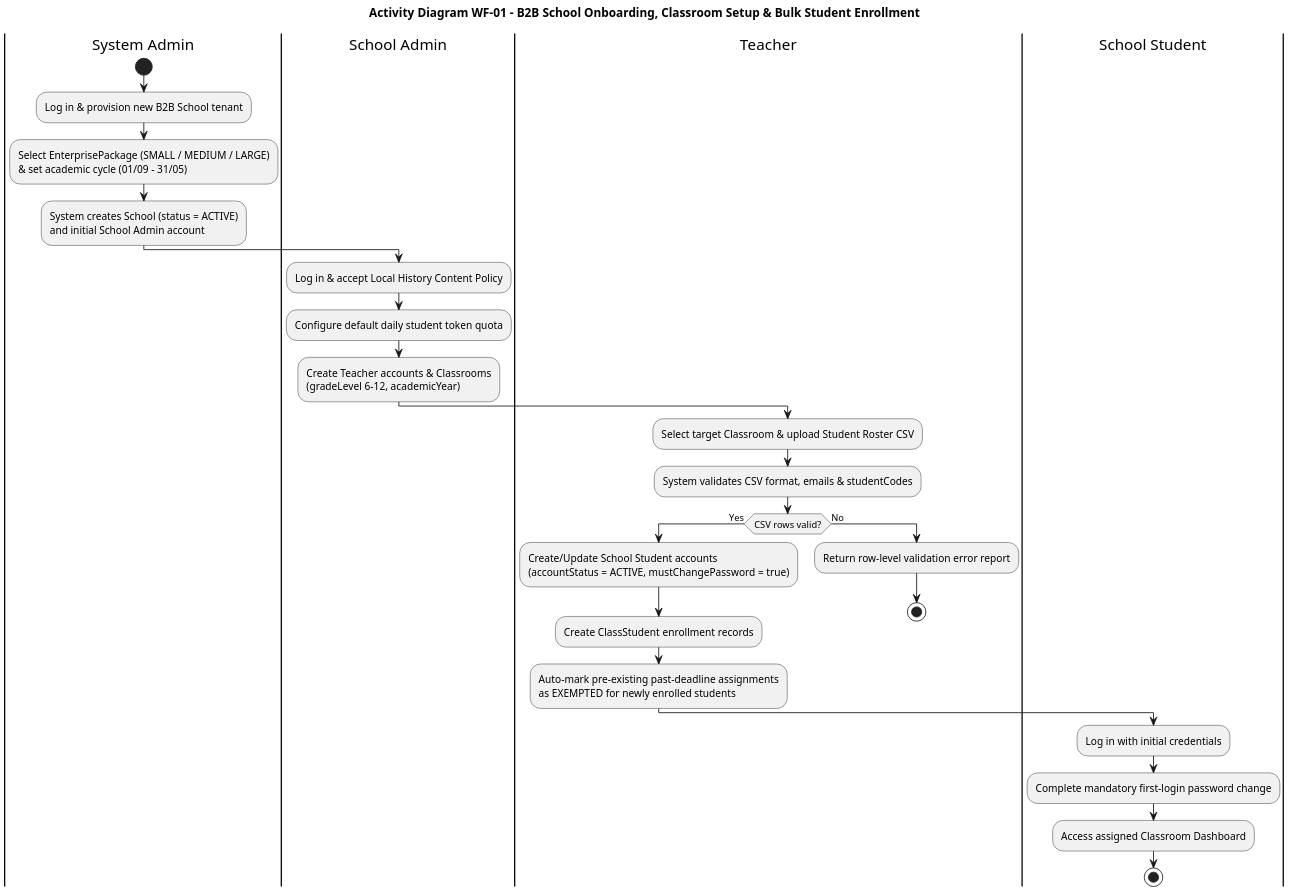
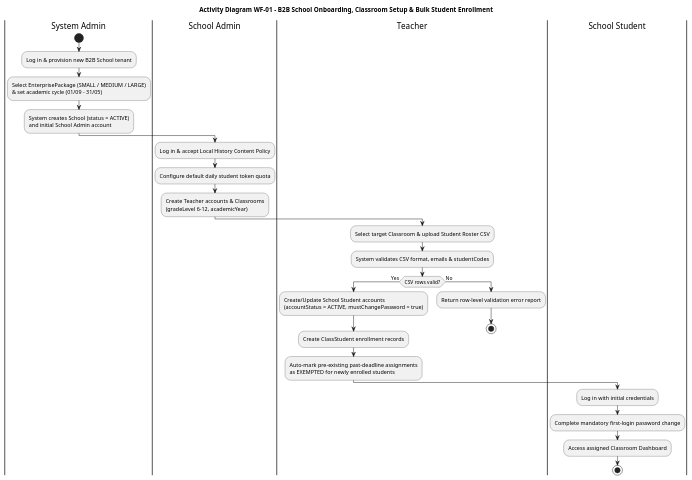
The diagram in docs/report4_sdd/uml/act_wf01_school_onboarding_and_enrollment.puml (DinhTQSE/Capstone_FinalProject_HistoryTalk), drawn with PlantUML before and after one commit. The commit also changed 66 other files, not shown here.

Commit message:
fix(sdd): resolve LaTeX table overflows, markdown syntax, T5 Vietnamese accents, and uncrop 4096px PlantUML PNGs

```diff
--- a/docs/report4_sdd/uml/act_wf01_school_onboarding_and_enrollment.puml
+++ b/docs/report4_sdd/uml/act_wf01_school_onboarding_and_enrollment.puml
@@ -1,36 +1,36 @@
 @startuml
-skinparam dpi 180
+scale max 2800 width
 skinparam defaultFontName Arial
 skinparam shadowing false
 
 title Activity Diagram WF-01 - B2B School Onboarding, Classroom Setup & Bulk Student Enrollment
 
 |System Admin|
 start
 :Log in & provision new B2B School tenant;
 :Select EnterprisePackage (SMALL / MEDIUM / LARGE)\n& set academic cycle (01/09 - 31/05);
 :System creates School (status = ACTIVE)\nand initial School Admin account;
 
 |School Admin|
 :Log in & accept Local History Content Policy;
 :Configure default daily student token quota;
 :Create Teacher accounts & Classrooms\n(gradeLevel 6-12, academicYear);
 
 |Teacher|
 :Select target Classroom & upload Student Roster CSV;
 :System validates CSV format, emails & studentCodes;
 if (CSV rows valid?) then (Yes)
     :Create/Update School Student accounts\n(accountStatus = ACTIVE, mustChangePassword = true);
     :Create ClassStudent enrollment records;
     :Auto-mark pre-existing past-deadline assignments\nas EXEMPTED for newly enrolled students;
 else (No)
     :Return row-level validation error report;
     stop
 endif
 
 |School Student|
 :Log in with initial credentials;
 :Complete mandatory first-login password change;
 :Access assigned Classroom Dashboard;
 stop
 @enduml
```
